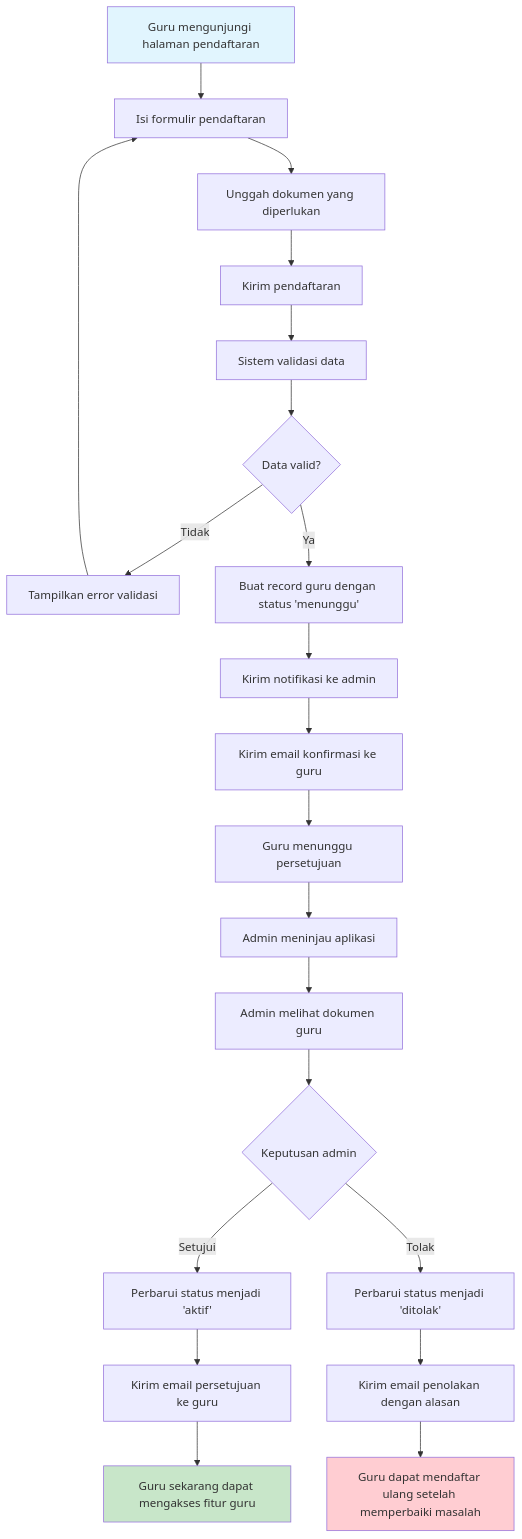
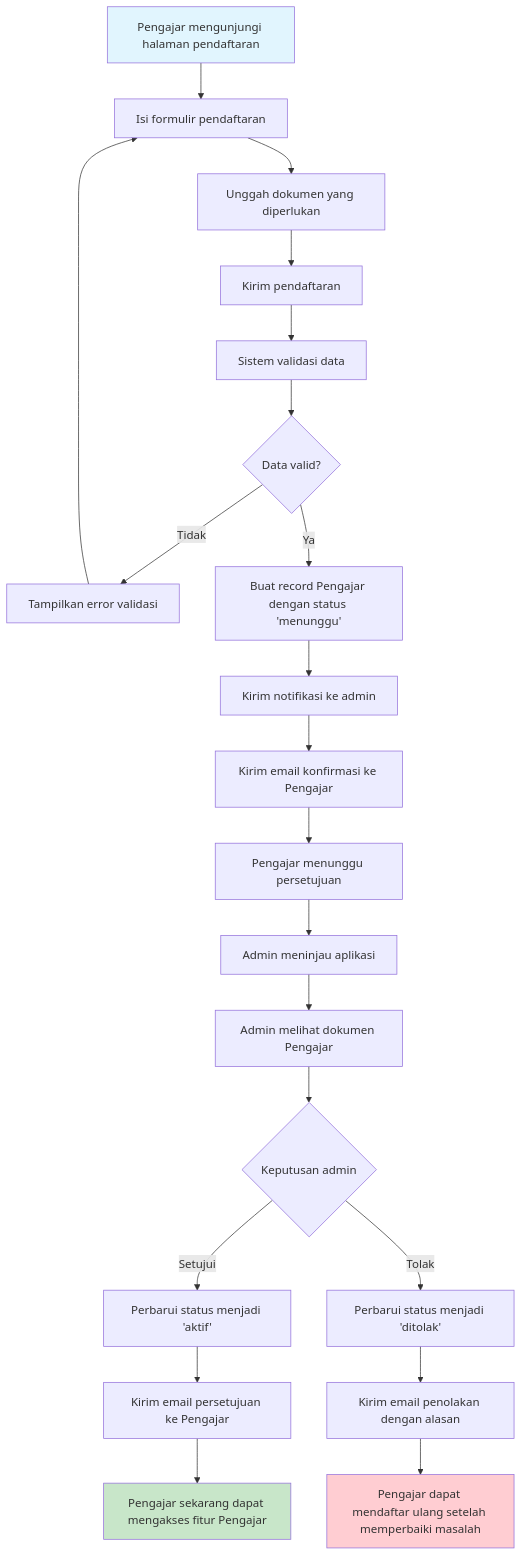
The first of 6 diagrams in activity-diagrams.md (jonito2005/exam-expert-ai-docs), drawn with Mermaid before and after one commit. The commit also changed other lines of this file and 4 other files, not shown here.

````diff
--- a/activity-diagrams.md
+++ b/activity-diagrams.md
@@ -5,31 +5,31 @@
 ```mermaid
 flowchart TD
-    A[Guru mengunjungi halaman pendaftaran] --> B[Isi formulir pendaftaran]
+    A[Pengajar mengunjungi halaman pendaftaran] --> B[Isi formulir pendaftaran]
     B --> C[Unggah dokumen yang diperlukan]
     C --> D[Kirim pendaftaran]
     D --> E[Sistem validasi data]
     E --> F{Data valid?}
     
     F -->|Tidak| G[Tampilkan error validasi] --> B
-    F -->|Ya| H[Buat record guru dengan status 'menunggu']
+    F -->|Ya| H[Buat record Pengajar dengan status 'menunggu']
     H --> I[Kirim notifikasi ke admin]
-    I --> J[Kirim email konfirmasi ke guru]
-    J --> K[Guru menunggu persetujuan]
+    I --> J[Kirim email konfirmasi ke Pengajar]
+    J --> K[Pengajar menunggu persetujuan]
     
     K --> L[Admin meninjau aplikasi]
-    L --> M[Admin melihat dokumen guru]
+    L --> M[Admin melihat dokumen Pengajar]
     M --> N{Keputusan admin}
     
     N -->|Setujui| O[Perbarui status menjadi 'aktif']
     N -->|Tolak| P[Perbarui status menjadi 'ditolak']
     
-    O --> Q[Kirim email persetujuan ke guru]
+    O --> Q[Kirim email persetujuan ke Pengajar]
     P --> R[Kirim email penolakan dengan alasan]
     
-    Q --> S[Guru sekarang dapat mengakses fitur guru]
-    R --> T[Guru dapat mendaftar ulang setelah memperbaiki masalah]
+    Q --> S[Pengajar sekarang dapat mengakses fitur Pengajar]
+    R --> T[Pengajar dapat mendaftar ulang setelah memperbaiki masalah]
     
     style A fill:#e1f5fe
     style S fill:#c8e6c9
     style T fill:#ffcdd2
 ```
````
